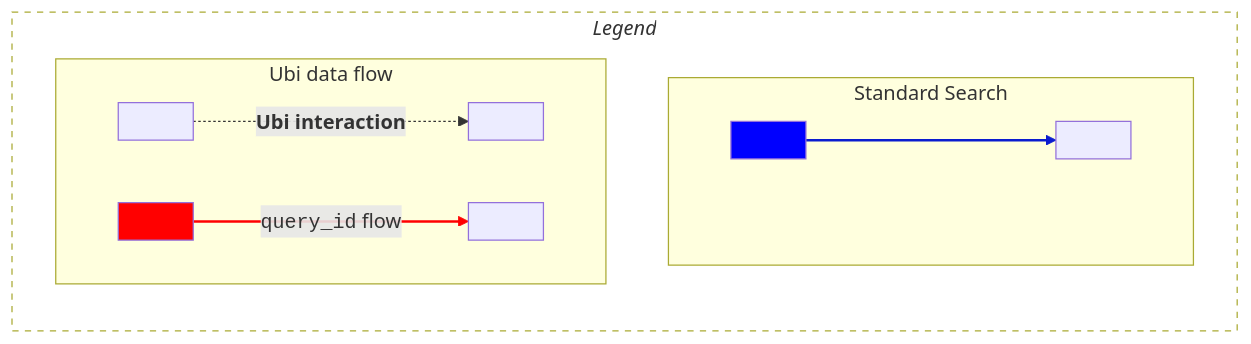
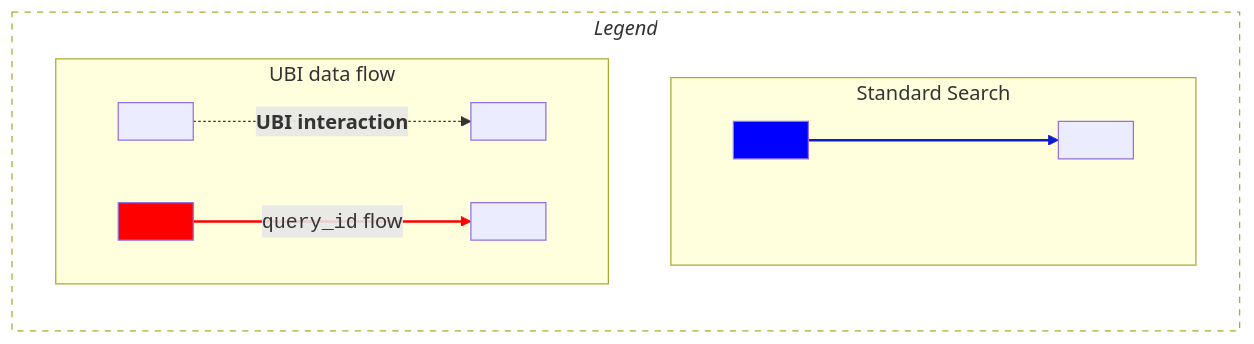
The first of 2 diagrams in _search-plugins/ubi/schemas.md (opensearch-project/documentation-website), drawn with Mermaid before and after one commit. The commit also changed other lines of this file and 7 other files, not shown here.

````diff
--- a/_search-plugins/ubi/schemas.md
+++ b/_search-plugins/ubi/schemas.md
@@ -36,22 +36,22 @@
 ```mermaid
 graph LR
 style L fill:none,stroke-dasharray: 5 5
 subgraph L["`*Legend*`"]
     style ss height:150px
     subgraph ss["Standard Search"]
       direction LR
         
       style ln1a fill:blue
       ln1a[ ]--->ln1b[ ];
     end
-    subgraph ubi-leg["Ubi data flow"]
+    subgraph ubi-leg["UBI data flow"]
       direction LR
       
-      ln2a[ ].->|"`**Ubi interaction**`"|ln2b[ ];
+      ln2a[ ].->|"`**UBI interaction**`"|ln2b[ ];
       style ln1c fill:red
       ln1c[ ]-->|<span style="font-family:Courier New">query_id</span> flow|ln1d[ ];
     end
 end
 linkStyle 0 stroke-width:2px,stroke:#0A1CCF
 linkStyle 2 stroke-width:2px,stroke:red
 ```
````
